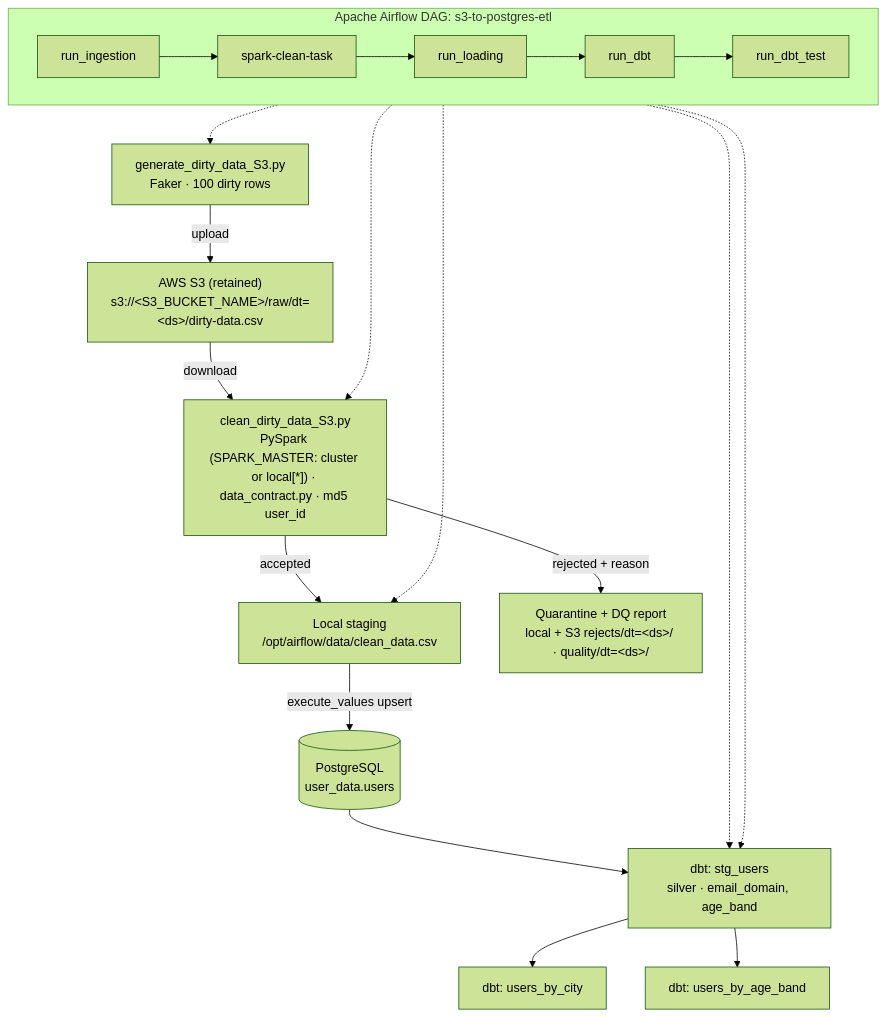
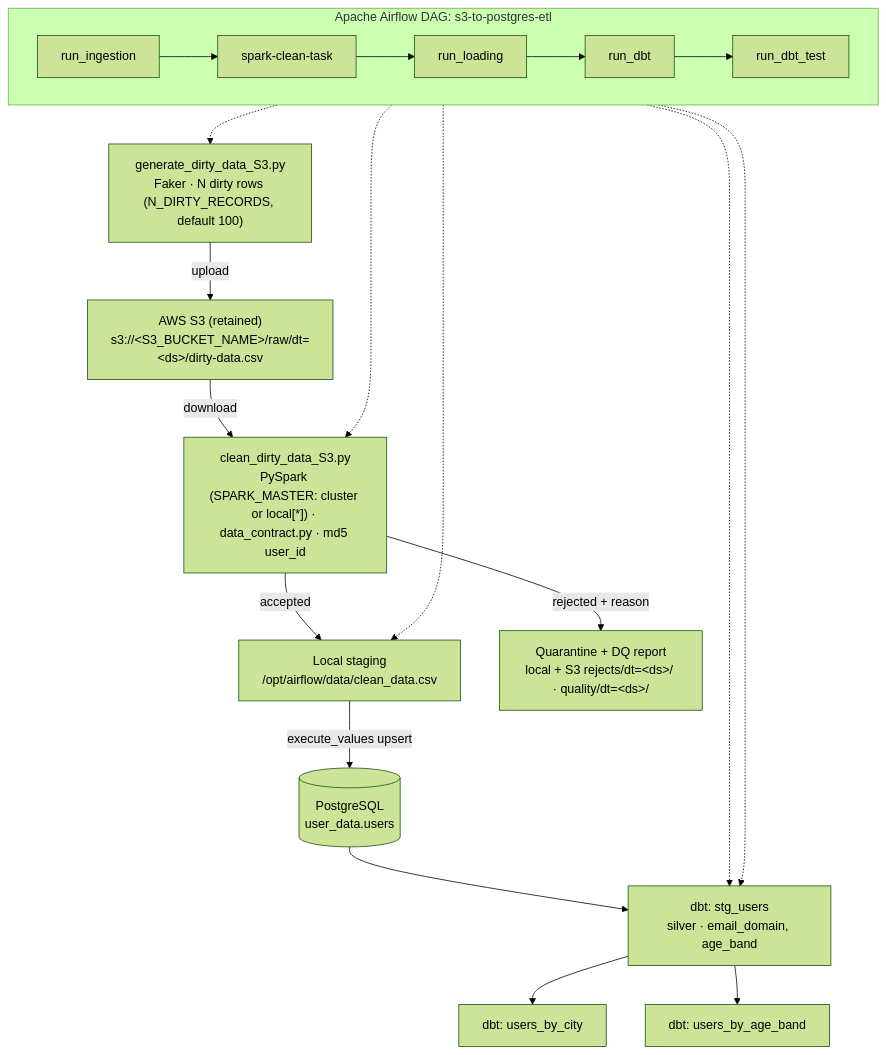
The diagram in README.md (theofanis-tsakanikas/contract-driven-data-pipeline), drawn with Mermaid (forest theme) before and after one commit. The commit also changed other lines of this file and 1 other file, not shown here.

````diff
--- a/README.md
+++ b/README.md
@@ -72,32 +85,32 @@
 ```mermaid
 flowchart TD
     subgraph AF["Apache Airflow DAG: s3-to-postgres-etl"]
         direction LR
         T1["run_ingestion"] --> T2["spark-clean-task"] --> T3["run_loading"] --> T4["run_dbt"] --> T5["run_dbt_test"]
     end
 
-    GEN["generate_dirty_data_S3.py<br/>Faker · 100 dirty rows"]
+    GEN["generate_dirty_data_S3.py<br/>Faker · N dirty rows (N_DIRTY_RECORDS, default 100)"]
     S3["AWS S3 (retained)<br/>s3://&lt;S3_BUCKET_NAME&gt;/raw/dt=&lt;ds&gt;/dirty-data.csv"]
     SPARK["clean_dirty_data_S3.py<br/>PySpark (SPARK_MASTER: cluster or local[*]) · data_contract.py · md5 user_id"]
     CSV["Local staging<br/>/opt/airflow/data/clean_data.csv"]
     REJ["Quarantine + DQ report<br/>local + S3 rejects/dt=&lt;ds&gt;/ · quality/dt=&lt;ds&gt;/"]
     PG[("PostgreSQL<br/>user_data.users")]
     STG["dbt: stg_users<br/>silver · email_domain, age_band"]
     M1["dbt: users_by_city"]
     M2["dbt: users_by_age_band"]
 
     GEN -->|upload| S3
     S3 -->|download| SPARK
     SPARK -->|accepted| CSV
     SPARK -->|rejected + reason| REJ
     CSV -->|execute_values upsert| PG
     PG --> STG
     STG --> M1
     STG --> M2
 
     T1 -.-> GEN
     T2 -.-> SPARK
     T3 -.-> CSV
     T4 -.-> STG
     T5 -.-> STG
 ```
````
